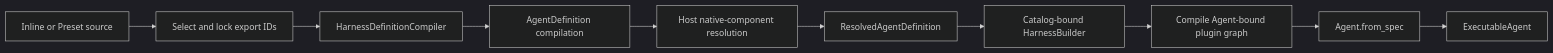
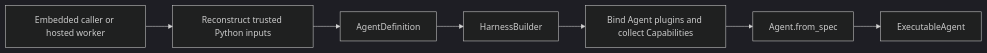
Before and after one commit to LTThreeComma/agent-foundation: the first of 2 diagrams in spec/agent-harness/03-agent-definition-and-build.md, drawn with Mermaid (dark theme). The commit also changed other lines of this file and 31 other files, not shown here.

````diff
--- a/spec/agent-harness/03-agent-definition-and-build.md
+++ b/spec/agent-harness/03-agent-definition-and-build.md
@@ -9,12 +9,9 @@
 ```mermaid
 flowchart LR
-    Input[Inline or Preset source] --> Select[Select and lock export IDs]
-    Select --> Compiler[HarnessDefinitionCompiler]
-    Compiler --> Definition[AgentDefinition compilation]
-    Definition --> Resolve[Host native-component resolution]
-    Resolve --> Resolved[ResolvedAgentDefinition]
-    Resolved --> Build[Catalog-bound HarnessBuilder]
-    Build --> Plugins[Compile Agent-bound plugin graph]
-    Plugins --> PAI[Agent.from_spec]
-    PAI --> Executable[ExecutableAgent]
+    Host[Embedded caller or hosted worker] --> Reconstruct[Reconstruct trusted Python inputs]
+    Reconstruct --> Definition[AgentDefinition]
+    Definition --> Builder[HarnessBuilder]
+    Builder --> Plugins[Bind Agent plugins and collect Capabilities]
+    Plugins --> FromSpec[Agent.from_spec]
+    FromSpec --> Executable[ExecutableAgent]
 ```
````
